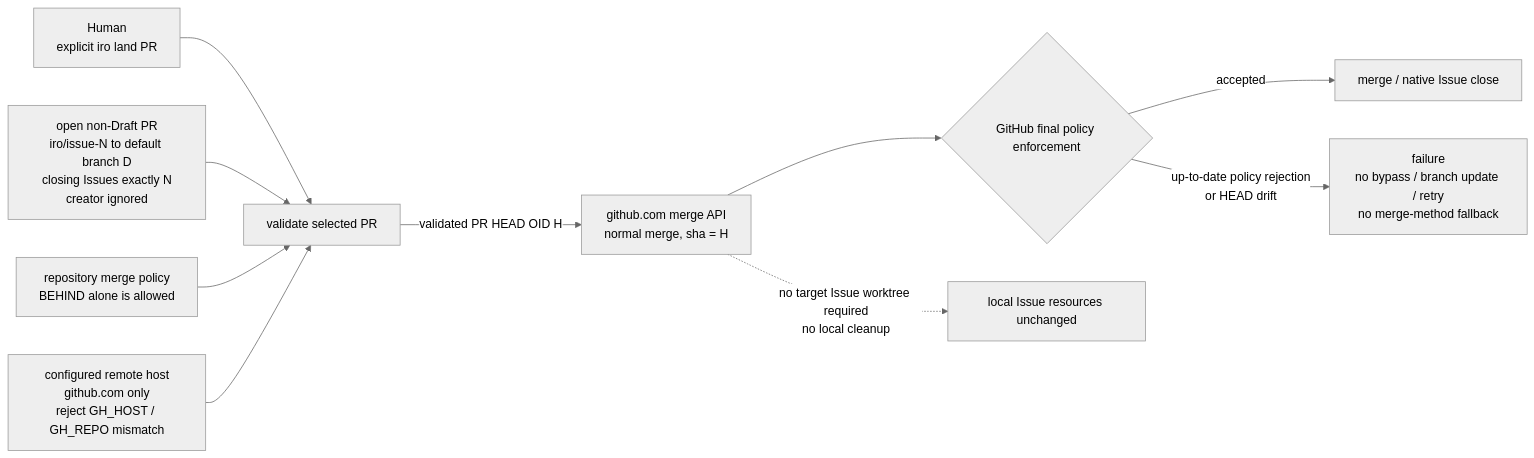
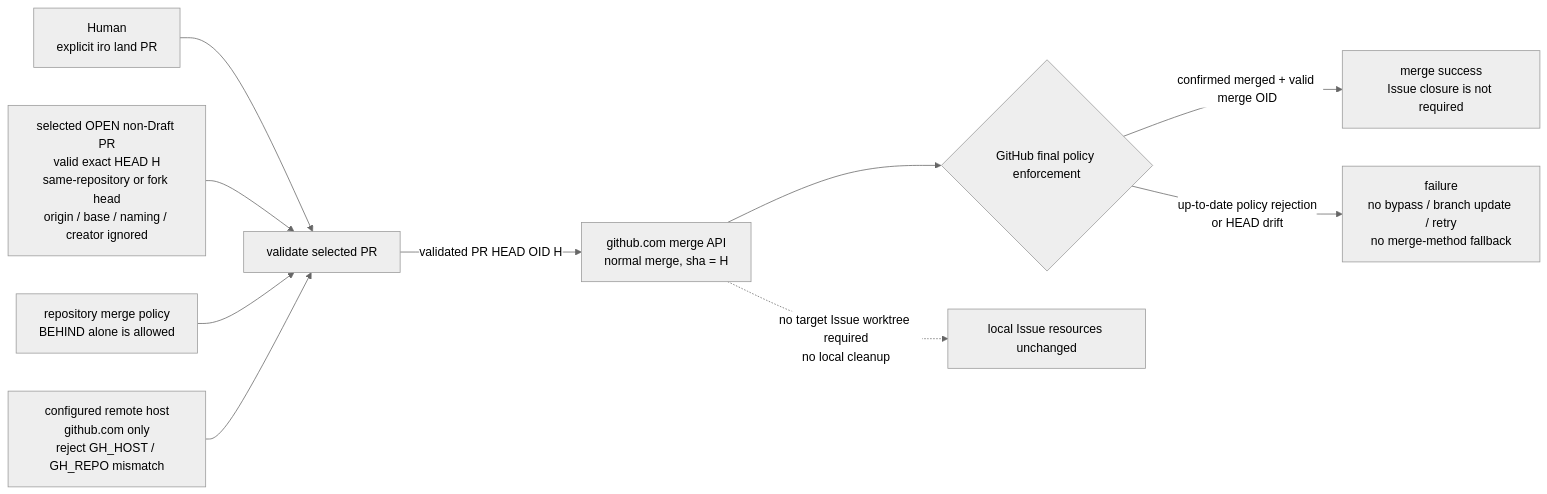
Before and after one commit to r-agatsuma/iro: the sixth of 7 diagrams in docs/architecture.md, drawn with Mermaid (neutral theme). The commit also changed other lines of this file and 5 other files, not shown here.

````diff
--- a/docs/architecture.md
+++ b/docs/architecture.md
@@ -130,12 +145,12 @@
 ```mermaid
 flowchart LR
     HUMAN["Human<br/>explicit iro land PR"] --> VALIDATE["validate selected PR"]
-    REL["open non-Draft PR<br/>iro/issue-N to default branch D<br/>closing Issues exactly N<br/>creator ignored"] --> VALIDATE
+    REL["selected OPEN non-Draft PR<br/>valid exact HEAD H<br/>same-repository or fork head<br/>origin / base / naming / creator ignored"] --> VALIDATE
     POLICY["repository merge policy<br/>BEHIND alone is allowed"] --> VALIDATE
     HOST["configured remote host<br/>github.com only<br/>reject GH_HOST / GH_REPO mismatch"] --> VALIDATE
     VALIDATE -->|"validated PR HEAD OID H"| API["github.com merge API<br/>normal merge, sha = H"]
     API --> GITHUB{"GitHub final policy enforcement"}
-    GITHUB -->|"accepted"| MERGED["merge / native Issue close"]
+    GITHUB -->|"confirmed merged + valid merge OID"| MERGED["merge success<br/>Issue closure is not required"]
     GITHUB -->|"up-to-date policy rejection<br/>or HEAD drift"| FAILURE["failure<br/>no bypass / branch update / retry<br/>no merge-method fallback"]
     API -.->|"no target Issue worktree required<br/>no local cleanup"| LOCAL["local Issue resources unchanged"]
 ```
````
